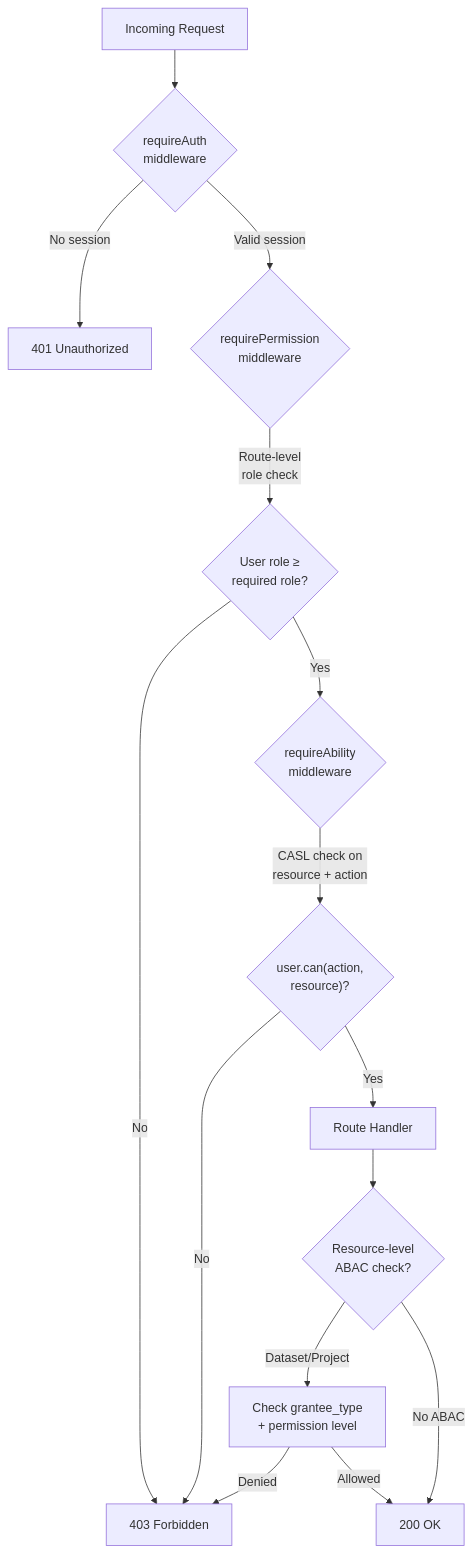
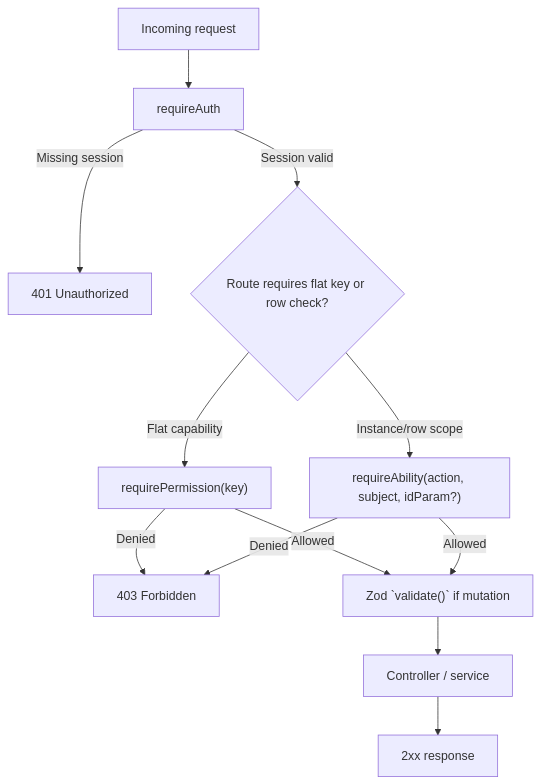
Before and after one commit to b-knowledge-solution/b-knowledge: the third of 3 diagrams in docs/basic-design/system-infra/security-architecture.md, drawn with Mermaid. The commit also changed other lines of this file and 2 other files, not shown here.

First line of the commit message:
docs(09-02): rewrite security and api permission design

````diff
--- a/docs/basic-design/system-infra/security-architecture.md
+++ b/docs/basic-design/system-infra/security-architecture.md
@@ -70,17 +113,14 @@
 ```mermaid
 flowchart TD
-    req["Incoming Request"] --> auth{"requireAuth<br/>middleware"}
-    auth -->|"No session"| r401["401 Unauthorized"]
-    auth -->|"Valid session"| perm{"requirePermission<br/>middleware"}
-    perm -->|"Route-level<br/>role check"| role{"User role ≥<br/>required role?"}
-    role -->|No| r403["403 Forbidden"]
-    role -->|Yes| ability{"requireAbility<br/>middleware"}
-    ability -->|"CASL check on<br/>resource + action"| can{"user.can(action,<br/>resource)?"}
-    can -->|No| r403
-    can -->|Yes| handler["Route Handler"]
-    handler --> abac{"Resource-level<br/>ABAC check?"}
-    abac -->|"Dataset/Project"| check["Check grantee_type<br/>+ permission level"]
-    abac -->|"No ABAC"| ok["200 OK"]
-    check -->|Denied| r403
-    check -->|Allowed| ok
+    req["Incoming request"] --> auth["`requireAuth`"]
+    auth -->|"Missing session"| r401["401 Unauthorized"]
+    auth -->|"Session valid"| route{"Route requires flat key or row check?"}
+    route -->|"Flat capability"| perm["`requirePermission(key)`"]
+    route -->|"Instance/row scope"| ability["`requireAbility(action, subject, idParam?)`"]
+    perm -->|"Denied"| r403["403 Forbidden"]
+    ability -->|"Denied"| r403
+    perm -->|"Allowed"| validate["Zod `validate()` if mutation"]
+    ability -->|"Allowed"| validate
+    validate --> handler["Controller / service"]
+    handler --> ok["2xx response"]
 ```
````
